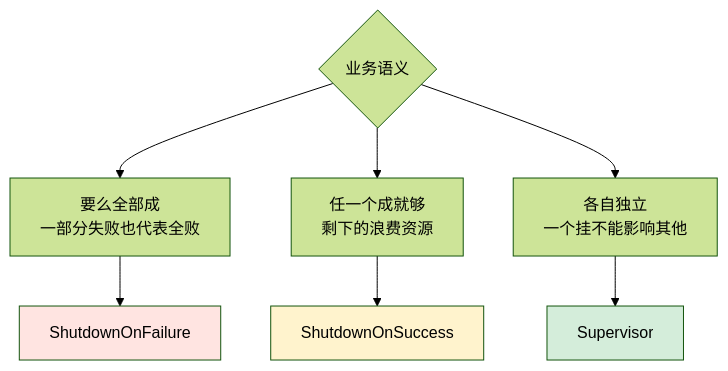
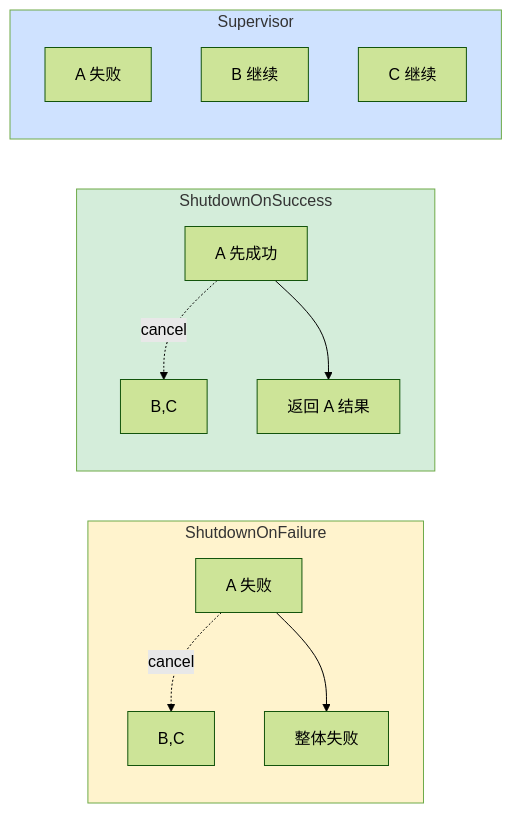
One commit to chongyang211/YCBookBlog changed the sixth of 7 diagrams in 00.通用技术的提升/02.程序编程原理/03.第3卷并发之道/3.18.结构化并发设计思想.md. Above: the diagram before and after it, drawn with Mermaid (forest theme). The commit also changed other lines of this file and 45 other files, not shown here.

````diff
--- a/00.通用技术的提升/02.程序编程原理/03.第3卷并发之道/3.18.结构化并发设计思想.md
+++ b/00.通用技术的提升/02.程序编程原理/03.第3卷并发之道/3.18.结构化并发设计思想.md
@@ -484,12 +1042,22 @@
 ```mermaid
-flowchart TB
-    Q{业务语义} --> A[要么全部成<br/>一部分失败也代表全败]
-    Q --> B[任一个成就够<br/>剩下的浪费资源]
-    Q --> C[各自独立<br/>一个挂不能影响其他]
-    A --> A1[ShutdownOnFailure]
-    B --> B1[ShutdownOnSuccess]
-    C --> C1[Supervisor]
-    style A1 fill:#ffe4e1
-    style B1 fill:#fff3cd
-    style C1 fill:#d4edda
+flowchart LR
+    subgraph SOF["ShutdownOnFailure"]
+        F1[A 失败] -.cancel.-> F2[B,C]
+        F1 --> F3[整体失败]
+    end
+    
+    subgraph SOS["ShutdownOnSuccess"]
+        S1[A 先成功] -.cancel.-> S2[B,C]
+        S1 --> S3[返回 A 结果]
+    end
+    
+    subgraph SUP["Supervisor"]
+        SU1[A 失败]
+        SU2[B 继续]
+        SU3[C 继续]
+    end
+    
+    style SOF fill:#fff3cd
+    style SOS fill:#d4edda
+    style SUP fill:#cfe2ff
 ```
````
